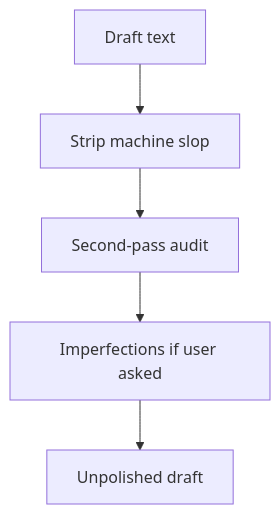
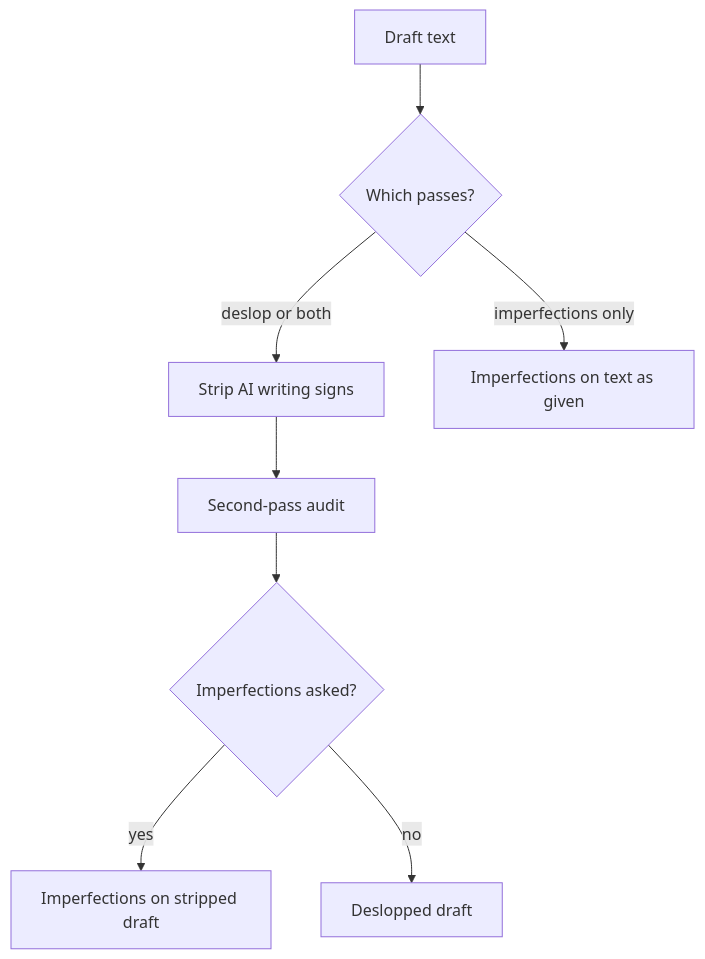
One commit to wilu222/unpolish-ai-writing changed the diagram in SKILL.md. Above: the diagram before and after it, drawn with Mermaid. The commit also changed other lines of this file and 2 other files, not shown here.

Commit message:
enable optionality for deslop step

````diff
--- a/SKILL.md
+++ b/SKILL.md
@@ -36,7 +41,10 @@
 ```mermaid
 flowchart TD
-  input[Draft text] --> strip[Strip machine slop]
+  input[Draft text] --> route{Which passes?}
+  route -->|deslop or both| strip[Strip AI writing signs]
   strip --> audit[Second-pass audit]
-  audit --> imperfections[Imperfections if user asked]
-  imperfections --> out[Unpolished draft]
+  audit --> bothCheck{Imperfections asked?}
+  bothCheck -->|yes| imperfBoth[Imperfections on stripped draft]
+  bothCheck -->|no| outDeslop[Deslopped draft]
+  route -->|imperfections only| imperfOnly[Imperfections on text as given]
 ```
````
